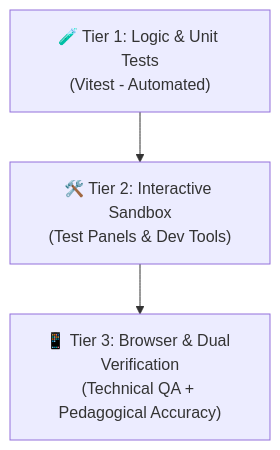
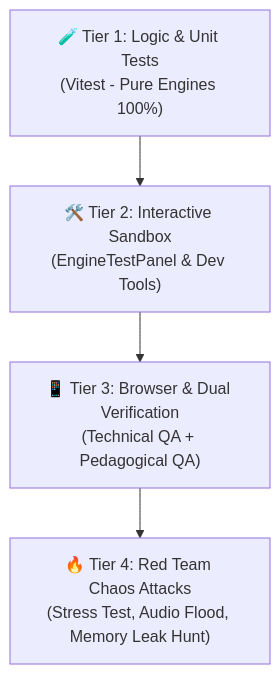
The diagram in AGENTS.md (vavinon/Hanzero), drawn with Mermaid before and after one commit. The commit also changed other lines of this file, not shown here.

Commit message:
docs(agents): update AGENTS.md to integrate agents/ directory and 4-tier Red Team matrix

````diff
--- a/AGENTS.md
+++ b/AGENTS.md
@@ -117,5 +129,6 @@
 ```mermaid
 graph TD
-    T1["🧪 Tier 1: Logic & Unit Tests<br/>(Vitest - Automated)"] --> T2["🛠️ Tier 2: Interactive Sandbox<br/>(Test Panels & Dev Tools)"]
-    T2 --> T3["📱 Tier 3: Browser & Dual Verification<br/>(Technical QA + Pedagogical Accuracy)"]
+    T1["🧪 Tier 1: Logic & Unit Tests<br/>(Vitest - Pure Engines 100%)"] --> T2["🛠️ Tier 2: Interactive Sandbox<br/>(EngineTestPanel & Dev Tools)"]
+    T2 --> T3["📱 Tier 3: Browser & Dual Verification<br/>(Technical QA + Pedagogical QA)"]
+    T3 --> T4["🔥 Tier 4: Red Team Chaos Attacks<br/>(Stress Test, Audio Flood, Memory Leak Hunt)"]
 ```
````
